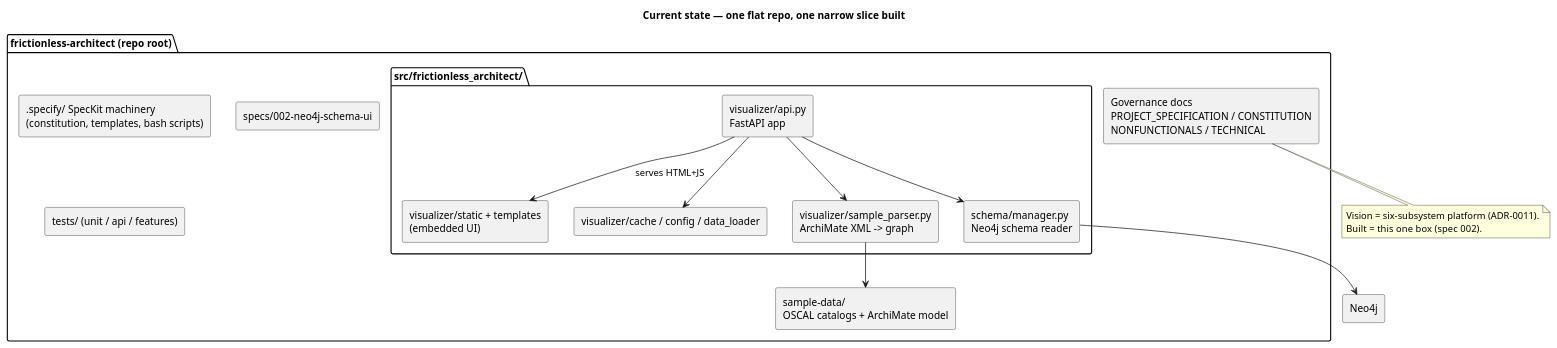
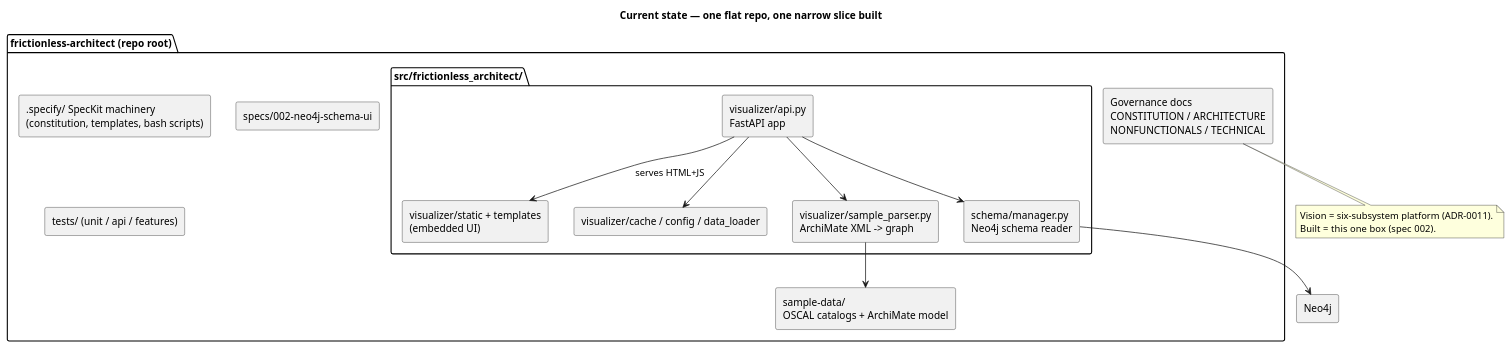
One commit to wolffy-au/frictionless-architect changed the first of 3 diagrams in ARCHITECTURE.md. Above: the diagram before and after it, drawn with PlantUML. The commit also changed other lines of this file and 16 other files, not shown here.

First line of the commit message:
docs: retire PROJECT_SPECIFICATION.md in favour of spec 001

````diff
--- a/ARCHITECTURE.md
+++ b/ARCHITECTURE.md
@@ -34,36 +35,36 @@
 ```plantuml
 @startuml
 title Current state — one flat repo, one narrow slice built
 skinparam componentStyle rectangle
 
 package "frictionless-architect (repo root)" {
-  [Governance docs\nPROJECT_SPECIFICATION / CONSTITUTION\nNONFUNCTIONALS / TECHNICAL] as docs
+  [Governance docs\nCONSTITUTION / ARCHITECTURE\nNONFUNCTIONALS / TECHNICAL] as docs
   [.specify/ SpecKit machinery\n(constitution, templates, bash scripts)] as speckit
   [specs/002-neo4j-schema-ui] as spec002
 
   package "src/frictionless_architect/" {
     [visualizer/api.py\nFastAPI app] as api
     [visualizer/static + templates\n(embedded UI)] as ui
     [visualizer/cache / config / data_loader] as vsupport
     [visualizer/sample_parser.py\nArchiMate XML -> graph] as parser
     [schema/manager.py\nNeo4j schema reader] as schema
   }
 
   [sample-data/\nOSCAL catalogs + ArchiMate model] as sampledata
   [tests/ (unit / api / features)] as tests
 }
 
 [Neo4j] as neo4j
 api --> ui : serves HTML+JS
 api --> vsupport
 api --> schema
 schema --> neo4j
 api --> parser
 parser --> sampledata
 
 note bottom of docs
   Vision = six-subsystem platform (ADR-0011).
   Built  = this one box (spec 002).
 end note
 @enduml
 ```
````
